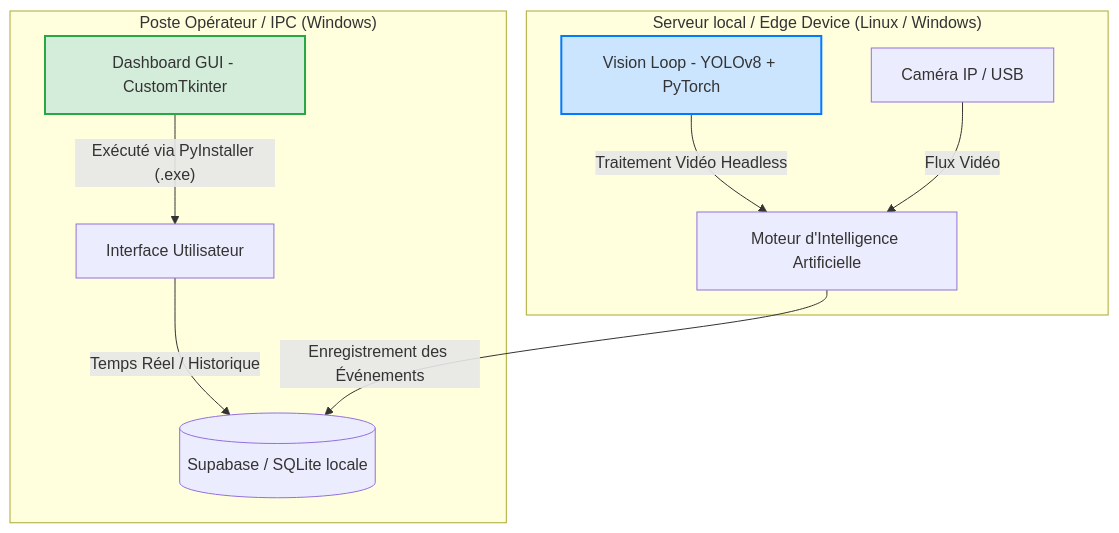
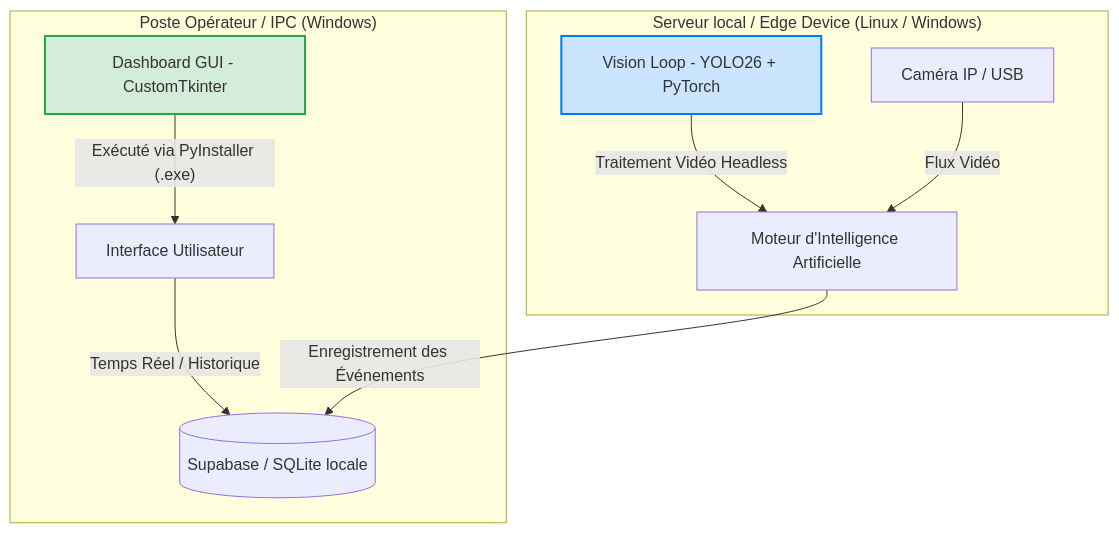
One commit to Ins1ant4/lean-muda-vision changed the diagram in README.md. Above: the diagram before and after it, drawn with Mermaid. The commit also changed other lines of this file and 1 other file, not shown here.

Commit message:
docs: update model version to YOLO26 in README and deployment comparison

````diff
--- a/README.md
+++ b/README.md
@@ -21,16 +21,16 @@
 ```mermaid
 graph TD
     subgraph "Poste Opérateur / IPC (Windows)"
         A[Dashboard GUI - CustomTkinter] -- "Exécuté via PyInstaller (.exe)" --> B[Interface Utilisateur]
         B -- "Temps Réel / Historique" --> C[(Supabase / SQLite locale)]
     end
     
     subgraph "Serveur local / Edge Device (Linux / Windows)"
-        D[Vision Loop - YOLOv8 + PyTorch] -- "Traitement Vidéo Headless" --> E[Moteur d'Intelligence Artificielle]
+        D[Vision Loop - YOLO26 + PyTorch] -- "Traitement Vidéo Headless" --> E[Moteur d'Intelligence Artificielle]
         F[Caméra IP / USB] -- "Flux Vidéo" --> E
         E -- "Enregistrement des Événements" --> C
     end
 
     style A fill:#d4edda,stroke:#28a745,stroke-width:2px
     style D fill:#cce5ff,stroke:#007bff,stroke-width:2px
 ```
````
